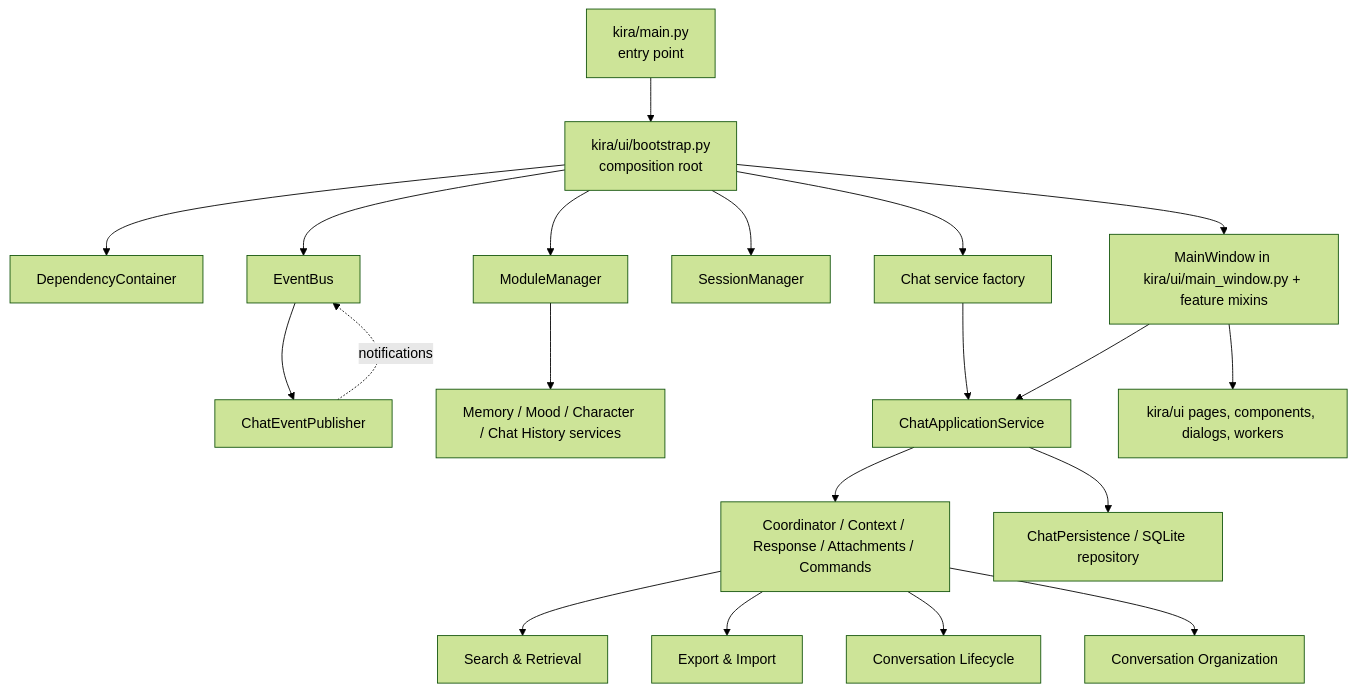
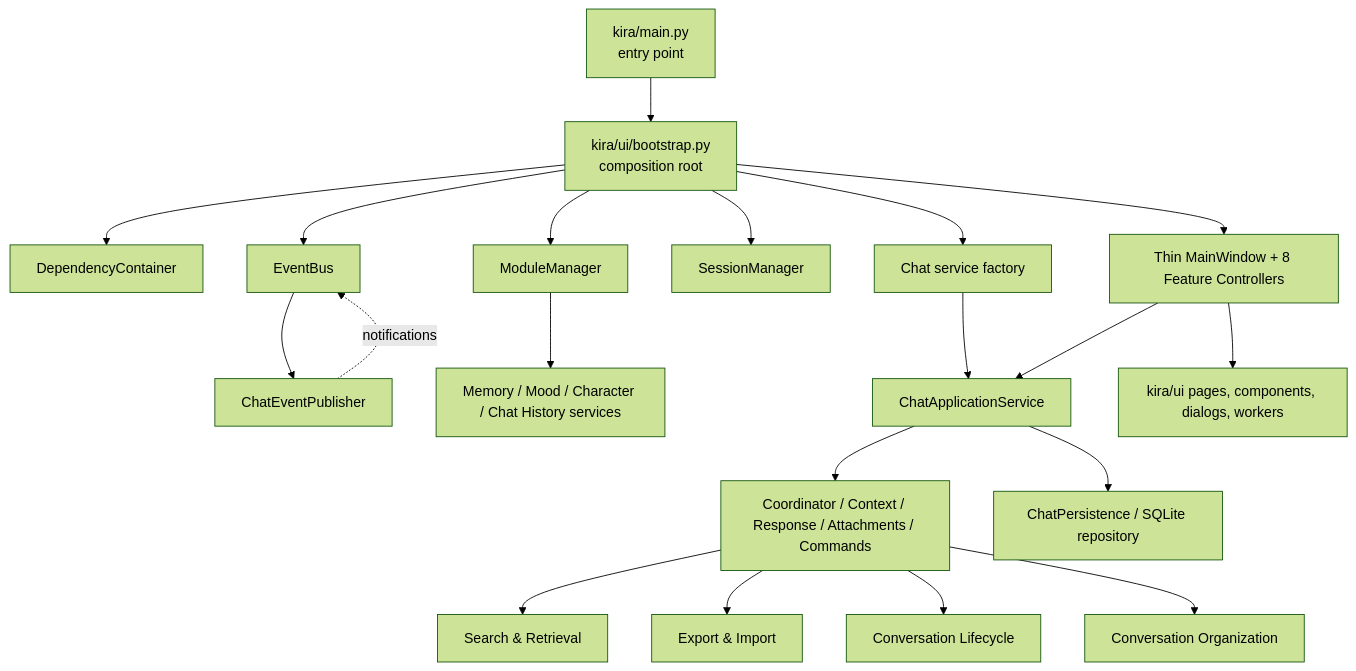
Before and after one commit to alizesta/Kira: the first of 3 diagrams in docs/ARCHITECTURE_MASTER.md, drawn with Mermaid (forest theme). The commit also changed other lines of this file and 2 other files, not shown here.

Commit message:
fix: include local native-call usage and refresh architecture overview

````diff
--- a/docs/ARCHITECTURE_MASTER.md
+++ b/docs/ARCHITECTURE_MASTER.md
@@ -36,22 +36,22 @@
 ```mermaid
 flowchart TD
     Entry["kira/main.py<br/>entry point"] --> Boot["kira/ui/bootstrap.py<br/>composition root"]
     Boot --> DI["DependencyContainer"]
     Boot --> Bus["EventBus"]
     Bus --> Publisher["ChatEventPublisher"]
     Boot --> Modules["ModuleManager"]
     Modules --> Services["Memory / Mood / Character / Chat History services"]
     Boot --> Sessions["SessionManager"]
     Boot --> Factory["Chat service factory"]
     Factory --> ChatApp["ChatApplicationService"]
-    Boot --> Window["MainWindow in kira/ui/main_window.py + feature mixins"]
+    Boot --> Window["Thin MainWindow + 8 Feature Controllers"]
     Window --> ChatApp
     Window --> UI["kira/ui pages, components, dialogs, workers"]
     ChatApp --> ChatCore["Coordinator / Context / Response / Attachments / Commands"]
     ChatApp --> Persistence["ChatPersistence / SQLite repository"]
     ChatCore --> Search["Search & Retrieval"]
     ChatCore --> Transfer["Export & Import"]
     ChatCore --> Lifecycle["Conversation Lifecycle"]
     ChatCore --> Organization["Conversation Organization"]
     Publisher -. "notifications" .-> Bus
 ```
````
